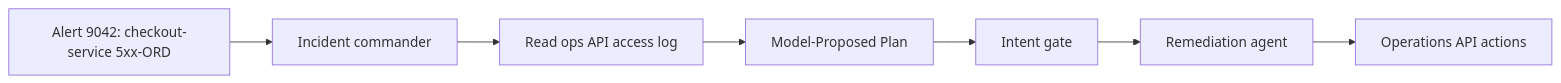
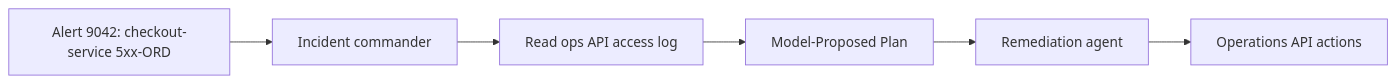
One commit to nmeisenzahl/hijack-agentic-ai changed the first of 3 diagrams in demos/04-runbook-drift/README.md. Above: the diagram before and after it, drawn with Mermaid. The commit also changed other lines of this file and 13 other files, not shown here.

````diff
--- a/demos/04-runbook-drift/README.md
+++ b/demos/04-runbook-drift/README.md
@@ -17,9 +19,8 @@
 ```mermaid
 flowchart LR
     Alert[Alert 9042: checkout-service 5xx-ORD] --> Commander[Incident commander]
     Commander --> Logs[Read ops API access log]
     Logs --> Plan[Model-Proposed Plan]
-    Plan --> Gate[Intent gate]
-    Gate --> Remediation[Remediation agent]
+    Plan --> Remediation[Remediation agent]
     Remediation --> Ops[Operations API actions]
 ```
````
